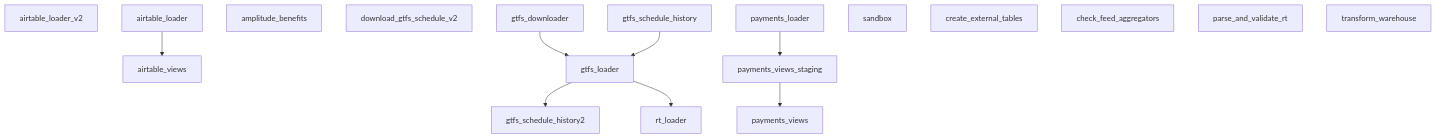
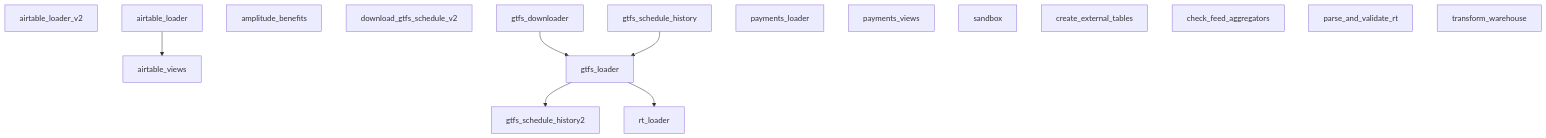
One commit to cal-itp/data-infra changed the diagram in _sources/airflow/production-maintenance.md. Above: the diagram before and after it, drawn with Mermaid. The commit also changed other lines of this file and 19 other files, not shown here.

````diff
--- a/_sources/airflow/production-maintenance.md
+++ b/_sources/airflow/production-maintenance.md
@@ -68,18 +68,18 @@
 ```{mermaid}
   graph TD;
       airtable_loader_v2;
       airtable_loader-->airtable_views;
       amplitude_benefits;
       download_gtfs_schedule_v2;
       gtfs_downloader-->gtfs_loader;
       gtfs_schedule_history-->gtfs_loader;
       gtfs_loader-->gtfs_schedule_history2;
-      payments_loader-->payments_views_staging;
-      payments_views_staging-->payments_views;
+      payments_loader;
+      payments_views;
       gtfs_loader-->rt_loader;
       sandbox;
       create_external_tables;
       check_feed_aggregators;
       parse_and_validate_rt;
       transform_warehouse;
 ```
````
